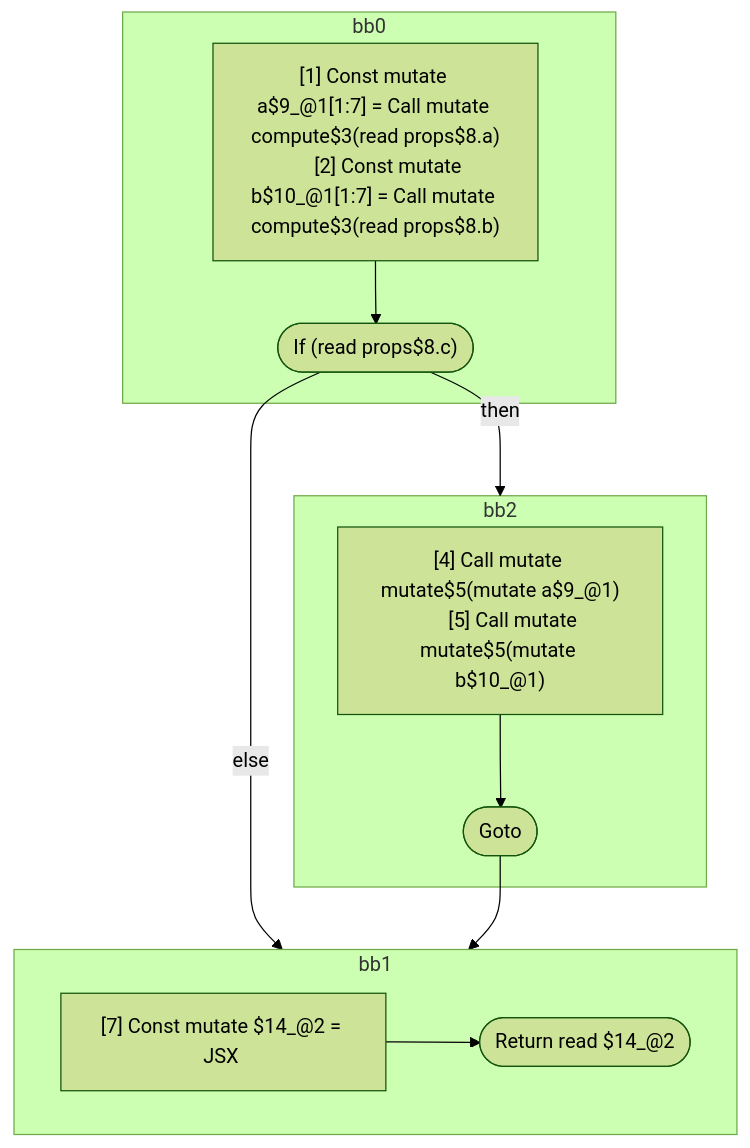
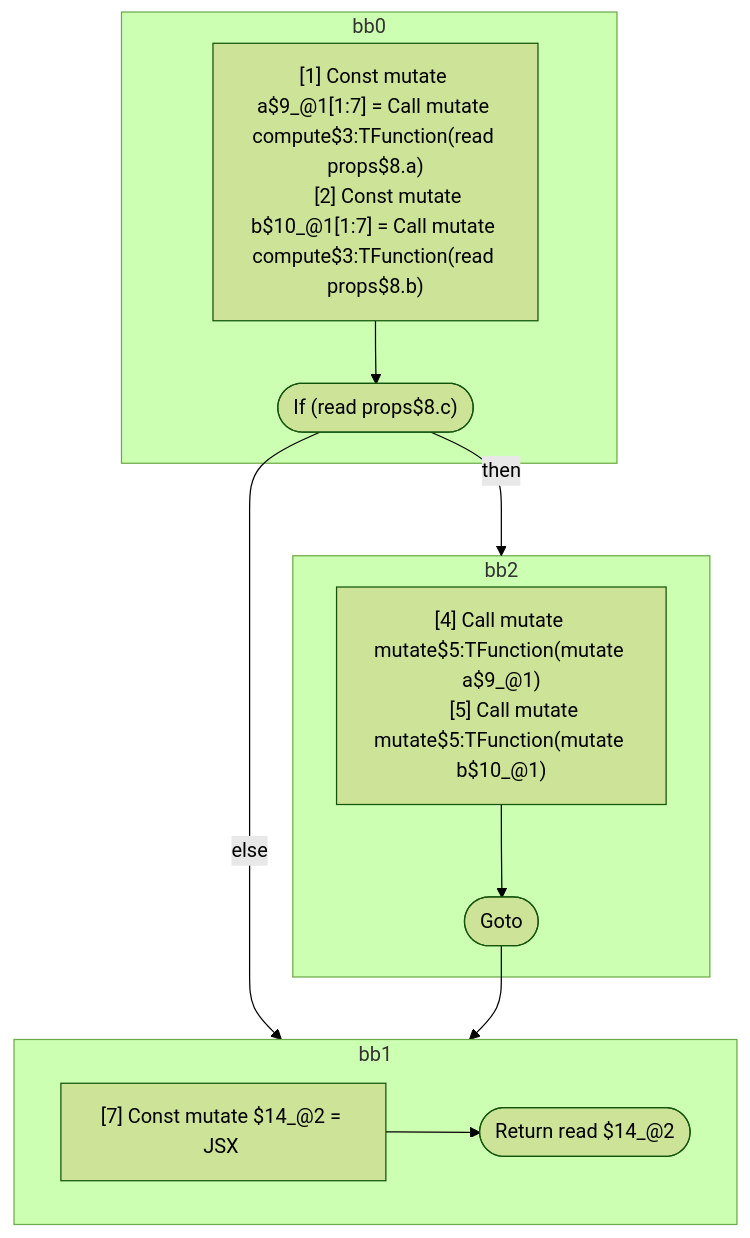
The fifth of 5 diagrams in compiler/forget/src/__tests__/fixtures/hir/independent-across-if.expect.md (wutsmog/private), drawn with Mermaid (forest theme) before and after one commit. The commit also changed other lines of this file and 112 other files, not shown here.

````diff
--- a/compiler/forget/src/__tests__/fixtures/hir/independent-across-if.expect.md
+++ b/compiler/forget/src/__tests__/fixtures/hir/independent-across-if.expect.md
@@ -231,30 +231,30 @@
 ```mermaid
 flowchart TB
   %% Basic Blocks
   subgraph bb0
     bb0_instrs["
-      [1] Const mutate a$9_@1[1:7] = Call mutate compute$3(read props$8.a)
-      [2] Const mutate b$10_@1[1:7] = Call mutate compute$3(read props$8.b)
+      [1] Const mutate a$9_@1[1:7] = Call mutate compute$3:TFunction(read props$8.a)
+      [2] Const mutate b$10_@1[1:7] = Call mutate compute$3:TFunction(read props$8.b)
     "]
     bb0_instrs --> bb0_terminal(["If (read props$8.c)"])
   end
   subgraph bb2
     bb2_instrs["
-      [4] Call mutate mutate$5(mutate a$9_@1)
-      [5] Call mutate mutate$5(mutate b$10_@1)
+      [4] Call mutate mutate$5:TFunction(mutate a$9_@1)
+      [5] Call mutate mutate$5:TFunction(mutate b$10_@1)
     "]
     bb2_instrs --> bb2_terminal(["Goto"])
   end
   subgraph bb1
     bb1_instrs["
       [7] Const mutate $14_@2 = JSX <read Foo$6 a={freeze a$9_@1} b={freeze b$10_@1} ></read Foo$6>
     "]
     bb1_instrs --> bb1_terminal(["Return read $14_@2"])
   end
 
   %% Jumps
   bb0_terminal -- "then" --> bb2
   bb0_terminal -- "else" --> bb1
   bb2_terminal --> bb1
 
 ```
````
